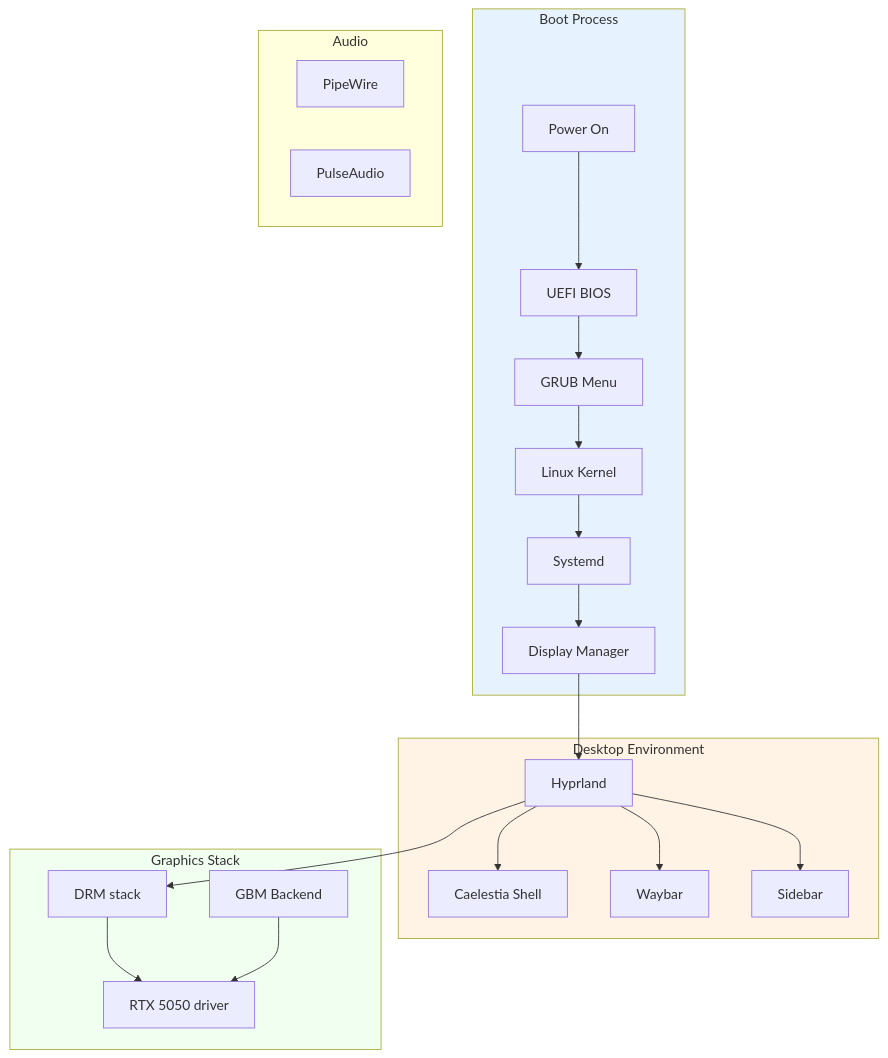
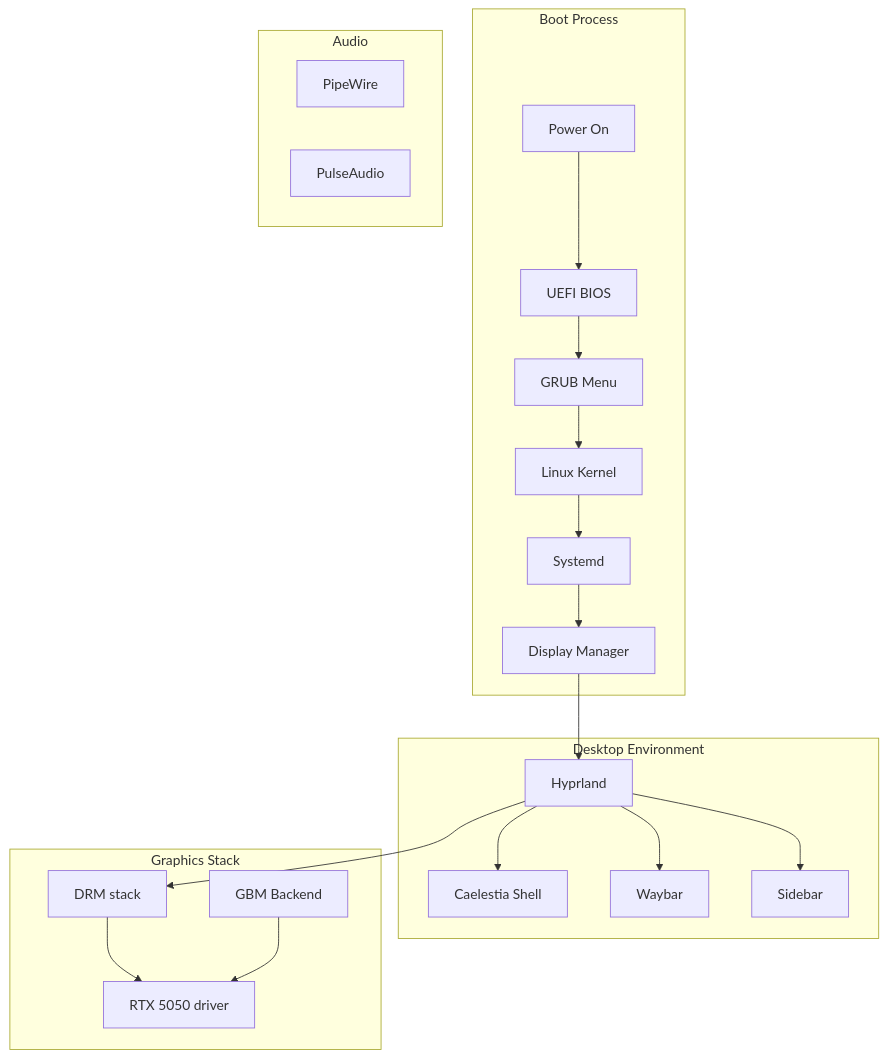
The first of 5 diagrams in System/System-Architecture.md (444Nazky/My-Vault), drawn with Mermaid before and after one commit. The commit also changed other lines of this file and 36 other files, not shown here.

````diff
--- a/System/System-Architecture.md
+++ b/System/System-Architecture.md
@@ -9,46 +9,44 @@
 ```mermaid
 graph TB
     subgraph Boot["Boot Process"]
         B1[Power On]
         B2[UEFI BIOS]
         B3[GRUB Menu]
         B4[Linux Kernel]
         B5[Systemd]
         B6[Display Manager]
     end
 
     subgraph Desktop["Desktop Environment"]
         H[Hyprland]
         C[Caelestia Shell]
         W[Waybar]
         S[Sidebar]
     end
 
     subgraph Graphics["Graphics Stack"]
         GPU["RTX 5050 driver"]
         DRI[DRM stack]
         GBM[GBM Backend]
     end
 
     subgraph Audio["Audio"]
         PW[PipeWire]
         PA[PulseAudio]
     end
 
     B1 --> B2
     B2 --> B3
     B3 --> B4
     B4 --> B5
     B5 --> B6
     B6 --> H
     H --> C
     H --> W
     H --> S
     H --> DRI
     DRI --> GPU
     GBM --> GPU
 
-    style Boot fill:#e6f3ff
-    style Desktop fill:#fff3e6
-    style Graphics fill:#f0fff0
+
 ```
````
